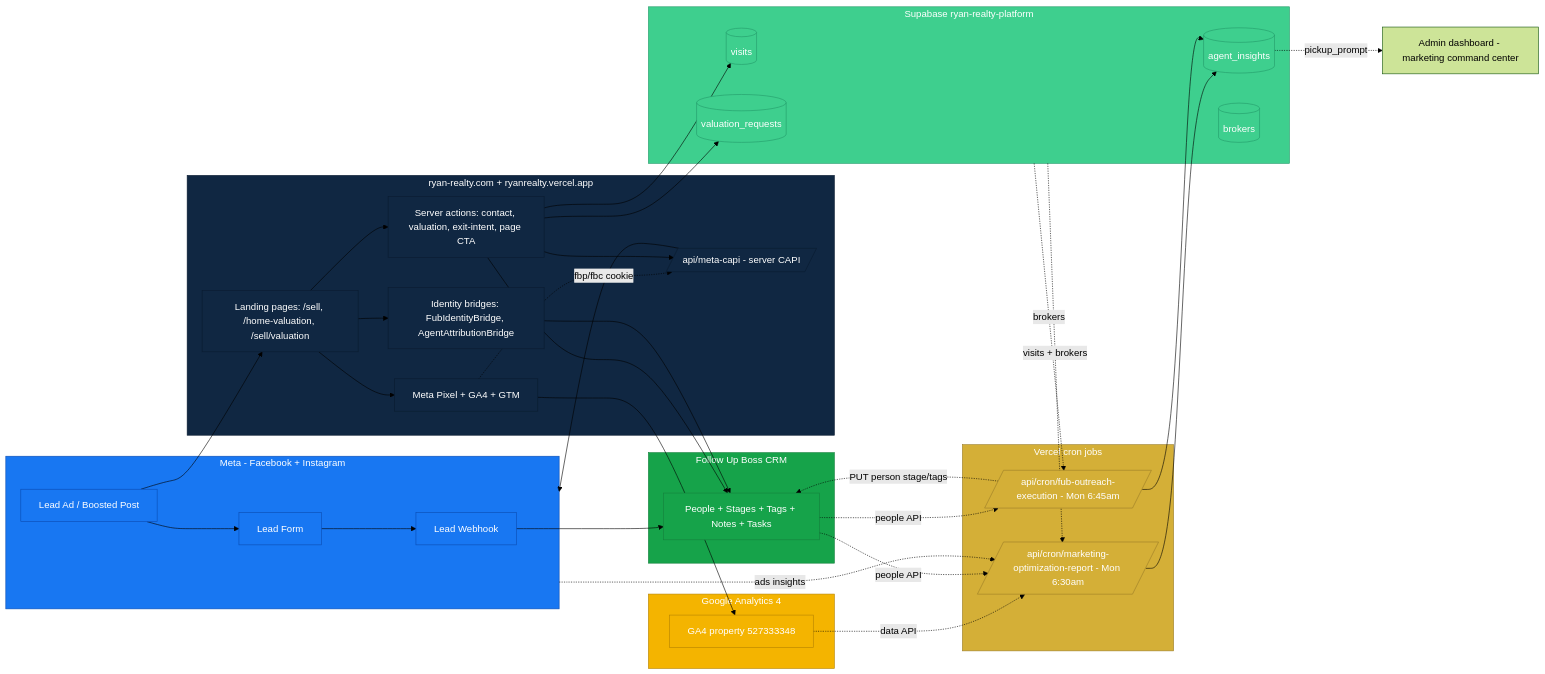
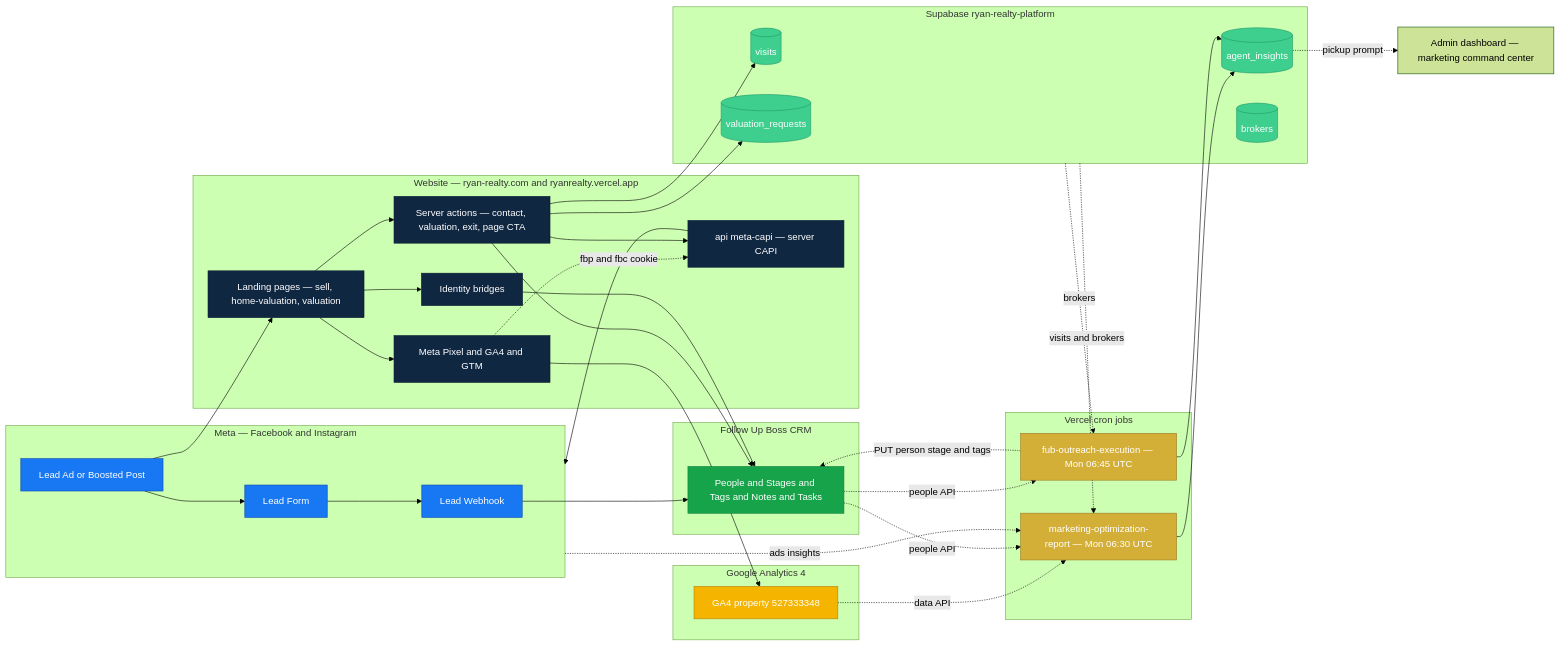
The first of 9 diagrams in docs/FACEBOOK_SELLER_GROWTH_PIPELINE.md (RyanRealty/RyanRealty), drawn with Mermaid (forest theme) before and after one commit. The commit also changed other lines of this file and 2 other files, not shown here.

First line of the commit message:
fix(docs): rewrite pipeline doc mermaid blocks for mermaid 11 strict parser

````diff
--- a/docs/FACEBOOK_SELLER_GROWTH_PIPELINE.md
+++ b/docs/FACEBOOK_SELLER_GROWTH_PIPELINE.md
@@ -30,76 +30,76 @@
 ```mermaid
 flowchart LR
-    subgraph META[Meta - Facebook + Instagram]
-        FBAD[Lead Ad / Boosted Post]
-        FBLEAD[Lead Form]
-        FBLW[Lead Webhook]
+    subgraph META["Meta — Facebook and Instagram"]
+        FBAD["Lead Ad or Boosted Post"]
+        FBLEAD["Lead Form"]
+        FBLW["Lead Webhook"]
     end
 
-    subgraph SITE[ryan-realty.com + ryanrealty.vercel.app]
-        LP[Landing pages: /sell, /home-valuation, /sell/valuation]
-        PIXEL[Meta Pixel + GA4 + GTM]
-        CAPI[/api/meta-capi - server CAPI/]
-        IDBR[Identity bridges: FubIdentityBridge, AgentAttributionBridge]
-        FORMS[Server actions: contact, valuation, exit-intent, page CTA]
+    subgraph SITE["Website — ryan-realty.com and ryanrealty.vercel.app"]
+        LP["Landing pages — sell, home-valuation, valuation"]
+        PIXEL["Meta Pixel and GA4 and GTM"]
+        CAPI["api meta-capi — server CAPI"]
+        IDBR["Identity bridges"]
+        FORMS["Server actions — contact, valuation, exit, page CTA"]
     end
 
-    subgraph FUB[Follow Up Boss CRM]
-        FUBPP[People + Stages + Tags + Notes + Tasks]
+    subgraph FUB["Follow Up Boss CRM"]
+        FUBPP["People and Stages and Tags and Notes and Tasks"]
     end
 
-    subgraph SUPA[Supabase ryan-realty-platform]
+    subgraph SUPA["Supabase ryan-realty-platform"]
         VIS[(visits)]
         VAL[(valuation_requests)]
         AI[(agent_insights)]
         BRK[(brokers)]
     end
 
-    subgraph CRON[Vercel cron jobs]
-        MOR[/api/cron/marketing-optimization-report - Mon 6:30am/]
-        FOE[/api/cron/fub-outreach-execution - Mon 6:45am/]
+    subgraph CRON["Vercel cron jobs"]
+        MOR["marketing-optimization-report — Mon 06:30 UTC"]
+        FOE["fub-outreach-execution — Mon 06:45 UTC"]
     end
 
-    subgraph GA[Google Analytics 4]
-        GA4[GA4 property 527333348]
+    subgraph GA["Google Analytics 4"]
+        GA4["GA4 property 527333348"]
     end
 
     FBAD --> FBLEAD
     FBLEAD --> FBLW
     FBLW --> FUBPP
     FBAD --> LP
     LP --> PIXEL
     LP --> IDBR
     LP --> FORMS
     PIXEL --> GA4
-    PIXEL -.fbp/fbc cookie.-> CAPI
+    PIXEL -. fbp and fbc cookie .-> CAPI
     FORMS --> FUBPP
     FORMS --> CAPI
     FORMS --> VIS
     FORMS --> VAL
     CAPI --> META
     IDBR --> FUBPP
     GA4 -. data API .-> MOR
     META -. ads insights .-> MOR
     FUBPP -. people API .-> MOR
     FUBPP -. people API .-> FOE
-    SUPA -. visits + brokers .-> MOR
+    SUPA -. visits and brokers .-> MOR
     SUPA -. brokers .-> FOE
     MOR --> AI
     FOE --> AI
-    FOE -. PUT person stage/tags .-> FUBPP
-    AI -. pickup_prompt .-> ADMIN[Admin dashboard - marketing command center]
+    FOE -. PUT person stage and tags .-> FUBPP
+    AI -. pickup prompt .-> ADMIN["Admin dashboard — marketing command center"]
 
     classDef meta fill:#1877F2,stroke:#0a4cb3,color:#fff
     classDef site fill:#102742,stroke:#0a1c30,color:#fff
     classDef fub fill:#16a34a,stroke:#15803d,color:#fff
     classDef supa fill:#3ECF8E,stroke:#249b6a,color:#fff
     classDef cron fill:#D4AF37,stroke:#9a7d27,color:#fff
     classDef ga fill:#F4B400,stroke:#b58300,color:#fff
 
-    class FBAD,FBLEAD,FBLW,META meta
-    class LP,PIXEL,CAPI,IDBR,FORMS,SITE site
-    class FUBPP,FUB fub
-    class VIS,VAL,AI,BRK,SUPA supa
-    class MOR,FOE,CRON cron
-    class GA4,GA ga
+    class FBAD,FBLEAD,FBLW meta
+    class LP,PIXEL,CAPI,IDBR,FORMS site
+    class FUBPP fub
+    class VIS,VAL,AI,BRK supa
+    class MOR,FOE cron
+    class GA4 ga
 ```
````
